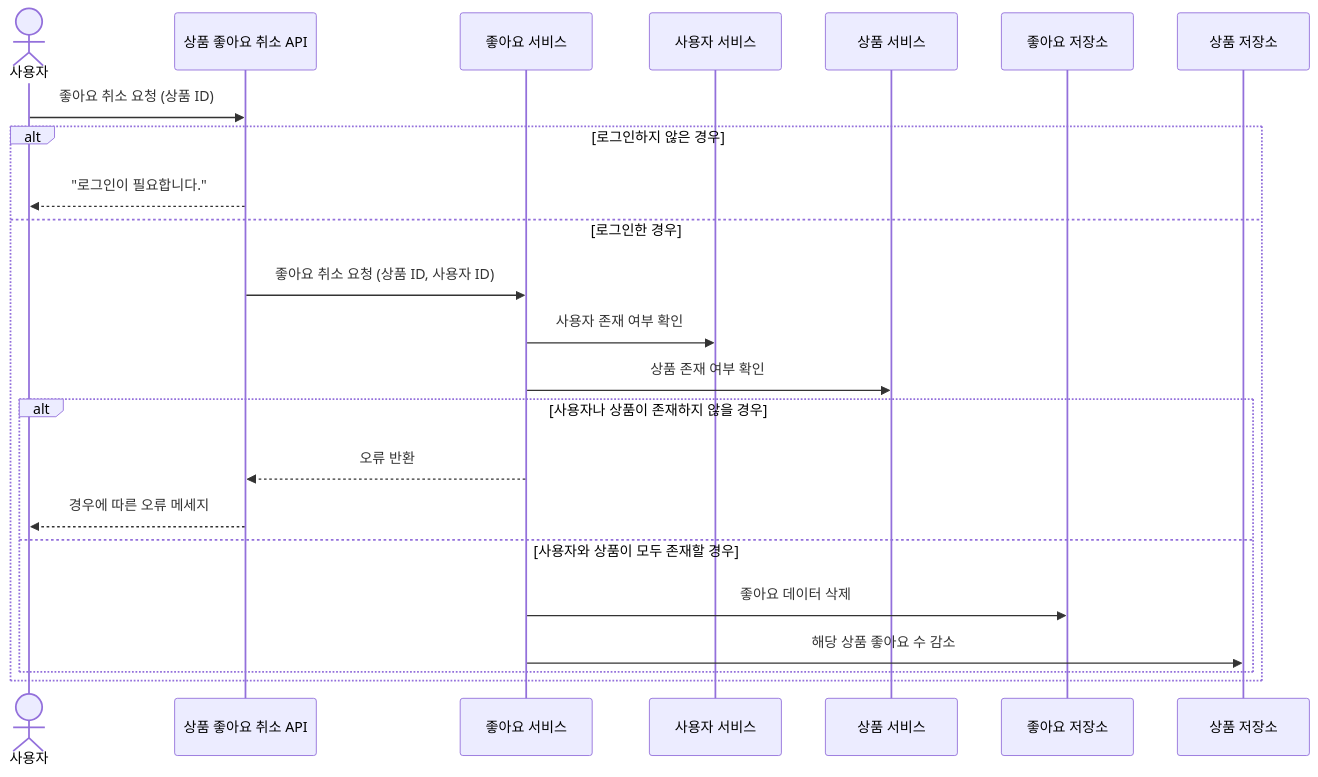
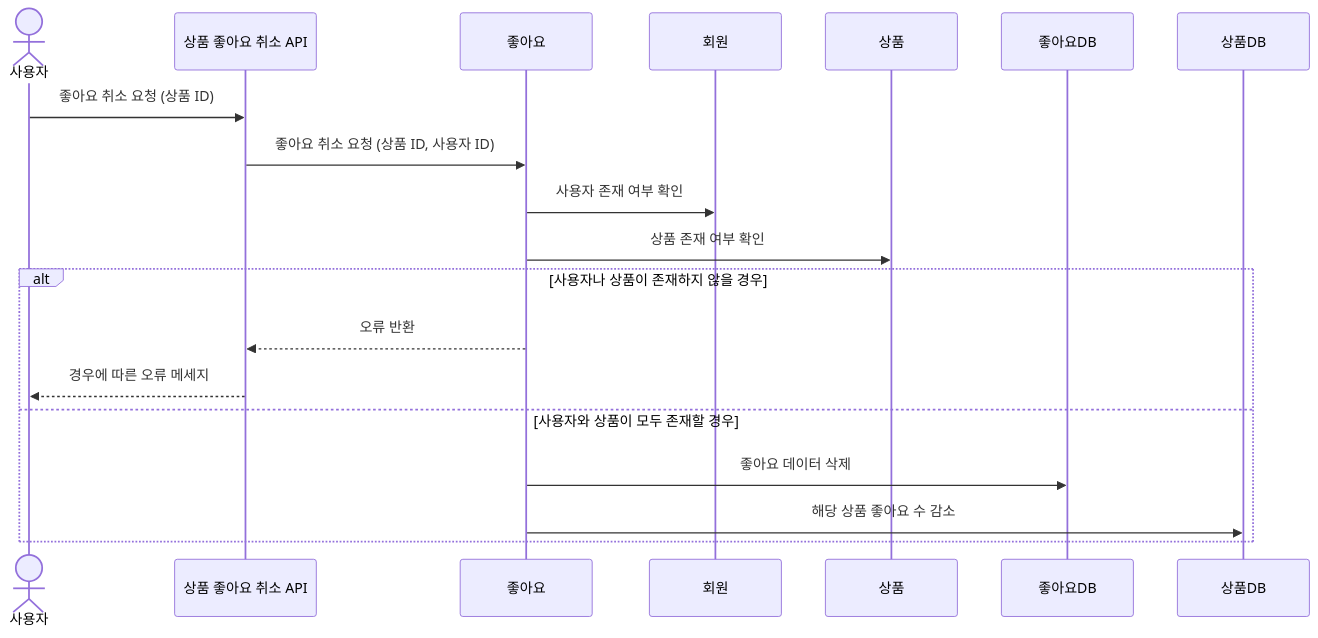
One commit to kodonghee/loopers-e-commerce changed the fifth of 6 diagrams in docs/design/02-sequence-diagrams.md. Above: the diagram before and after it, drawn with Mermaid. The commit also changed other lines of this file, not shown here.

Commit message:
fix: 시퀀스 다이어그램 - 고수준으로 변경

````diff
--- a/docs/design/02-sequence-diagrams.md
+++ b/docs/design/02-sequence-diagrams.md
@@ -109,28 +107,24 @@
 ```mermaid
 sequenceDiagram
 actor 사용자
 participant 상품 좋아요 취소 API
-participant 좋아요 서비스
-participant 사용자 서비스
-participant 상품 서비스
-participant 좋아요 저장소
-participant 상품 저장소
+participant 좋아요
+participant 회원
+participant 상품
+participant 좋아요DB
+participant 상품DB
 
     사용자->>상품 좋아요 취소 API: 좋아요 취소 요청 (상품 ID)
 
-    alt 로그인하지 않은 경우
-        상품 좋아요 취소 API-->>사용자: "로그인이 필요합니다."
-    else 로그인한 경우
-        상품 좋아요 취소 API->>좋아요 서비스: 좋아요 취소 요청 (상품 ID, 사용자 ID)
-        좋아요 서비스->>사용자 서비스: 사용자 존재 여부 확인
-        좋아요 서비스->>상품 서비스: 상품 존재 여부 확인
+    상품 좋아요 취소 API->>좋아요: 좋아요 취소 요청 (상품 ID, 사용자 ID)
+    좋아요->>회원: 사용자 존재 여부 확인
+    좋아요->>상품: 상품 존재 여부 확인
 
-        alt 사용자나 상품이 존재하지 않을 경우
-            좋아요 서비스-->>상품 좋아요 취소 API: 오류 반환
-            상품 좋아요 취소 API-->>사용자: 경우에 따른 오류 메세지
-        else 사용자와 상품이 모두 존재할 경우
-            좋아요 서비스->>좋아요 저장소: 좋아요 데이터 삭제
-            좋아요 서비스->>상품 저장소: 해당 상품 좋아요 수 감소
-        end
+    alt 사용자나 상품이 존재하지 않을 경우
+        좋아요-->>상품 좋아요 취소 API: 오류 반환
+        상품 좋아요 취소 API-->>사용자: 경우에 따른 오류 메세지
+    else 사용자와 상품이 모두 존재할 경우
+        좋아요->>좋아요DB: 좋아요 데이터 삭제
+        좋아요->>상품DB: 해당 상품 좋아요 수 감소
     end
 ```
````
